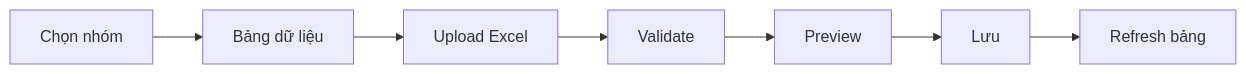
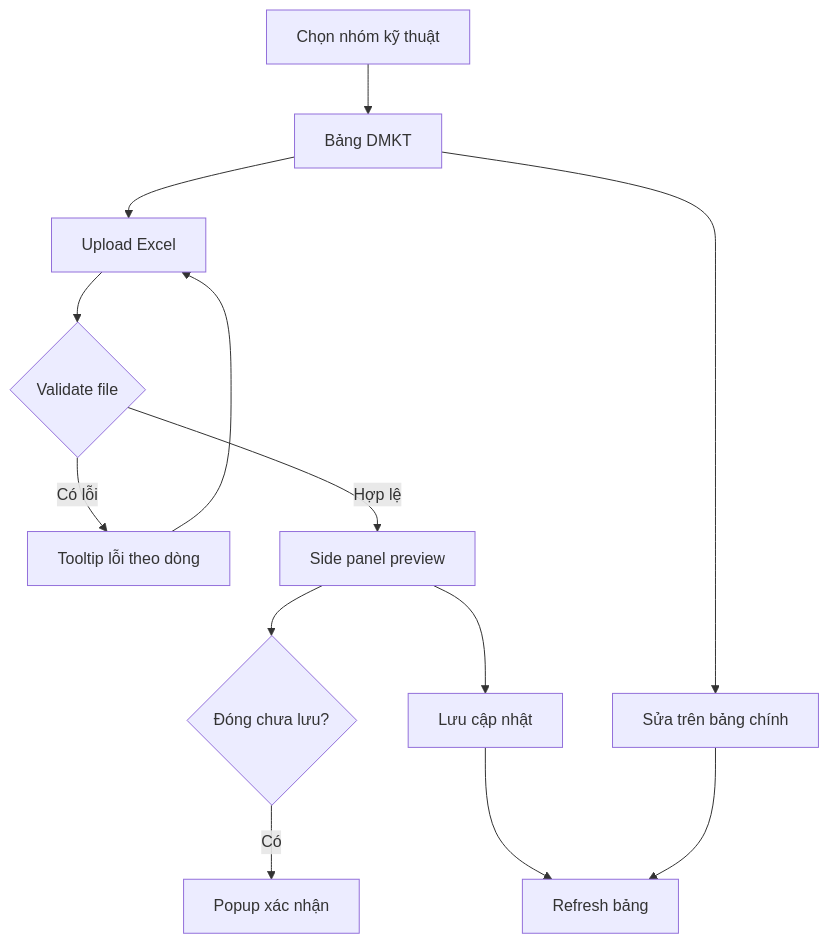
Before and after one commit to ldphu410/Analyze: the first of 2 diagrams in Result/modules/quan-ly-danh-muc-ky-thuat-he-thong.md, drawn with Mermaid. The commit also changed other lines of this file and 8 other files, not shown here.

Commit message:
chore: Update module diagram

````diff
--- a/Result/modules/quan-ly-danh-muc-ky-thuat-he-thong.md
+++ b/Result/modules/quan-ly-danh-muc-ky-thuat-he-thong.md
@@ -81,9 +81,15 @@
 ```mermaid
-flowchart LR
-  SelectGroup[Chọn nhóm] --> Table[Bảng dữ liệu]
+flowchart TD
+  Select[Chọn nhóm kỹ thuật] --> Table[Bảng DMKT]
   Table --> Upload[Upload Excel]
-  Upload --> Validate[Validate]
-  Validate --> Preview[Preview]
-  Preview --> Save[Lưu]
+  Table --> EditInline[Sửa trên bảng chính]
+  Upload --> Validate{Validate file}
+  Validate -->|Có lỗi| Tooltip[Tooltip lỗi theo dòng]
+  Tooltip --> Upload
+  Validate -->|Hợp lệ| Preview[Side panel preview]
+  Preview --> Close{Đóng chưa lưu?}
+  Close -->|Có| Confirm[Popup xác nhận]
+  Preview --> Save[Lưu cập nhật]
   Save --> Refresh[Refresh bảng]
+  EditInline --> Refresh
 ```
````
